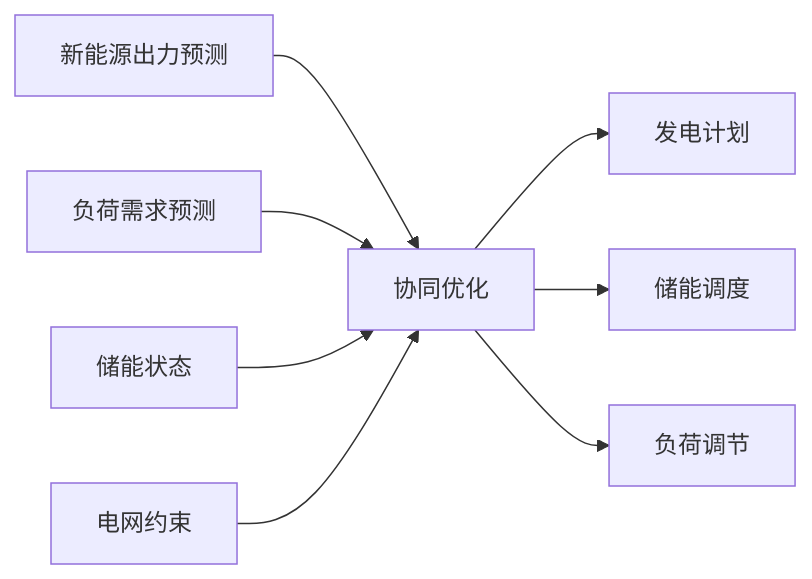
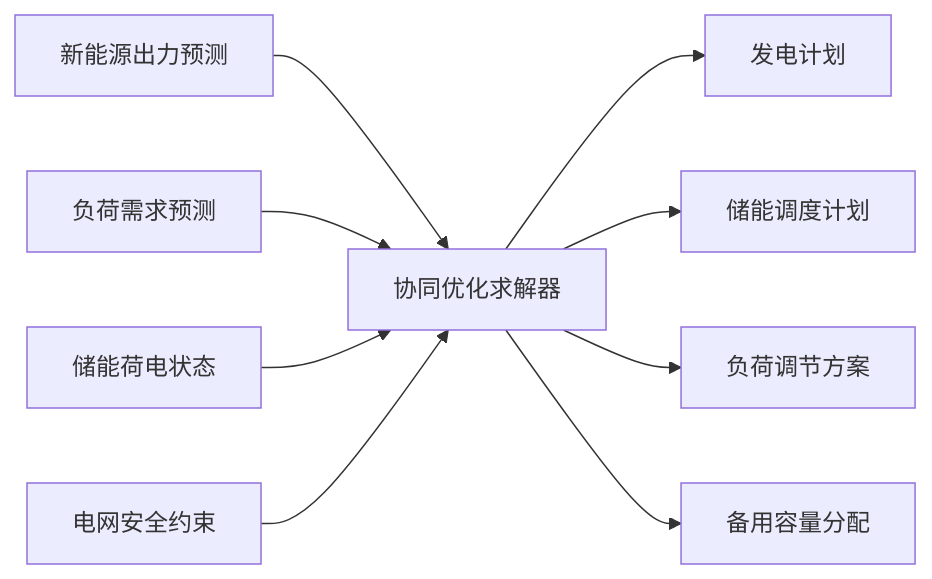
The third of 4 diagrams in topic-application-architecture/61-smart-grid.md (kudig-io/kudig-database), drawn with Mermaid before and after one commit. The commit also changed other lines of this file and 8633 other files, not shown here.

````diff
--- a/topic-application-architecture/61-smart-grid.md
+++ b/topic-application-architecture/61-smart-grid.md
@@ -212,10 +204,11 @@
 ```mermaid
 flowchart LR
-    A[新能源出力预测] --> E[协同优化]
+    A[新能源出力预测] --> E[协同优化求解器]
     B[负荷需求预测] --> E
-    C[储能状态] --> E
-    D[电网约束] --> E
+    C[储能荷电状态] --> E
+    D[电网安全约束] --> E
     E --> F[发电计划]
-    E --> G[储能调度]
-    E --> H[负荷调节]
+    E --> G[储能调度计划]
+    E --> H[负荷调节方案]
+    E --> I[备用容量分配]
 ```
````
